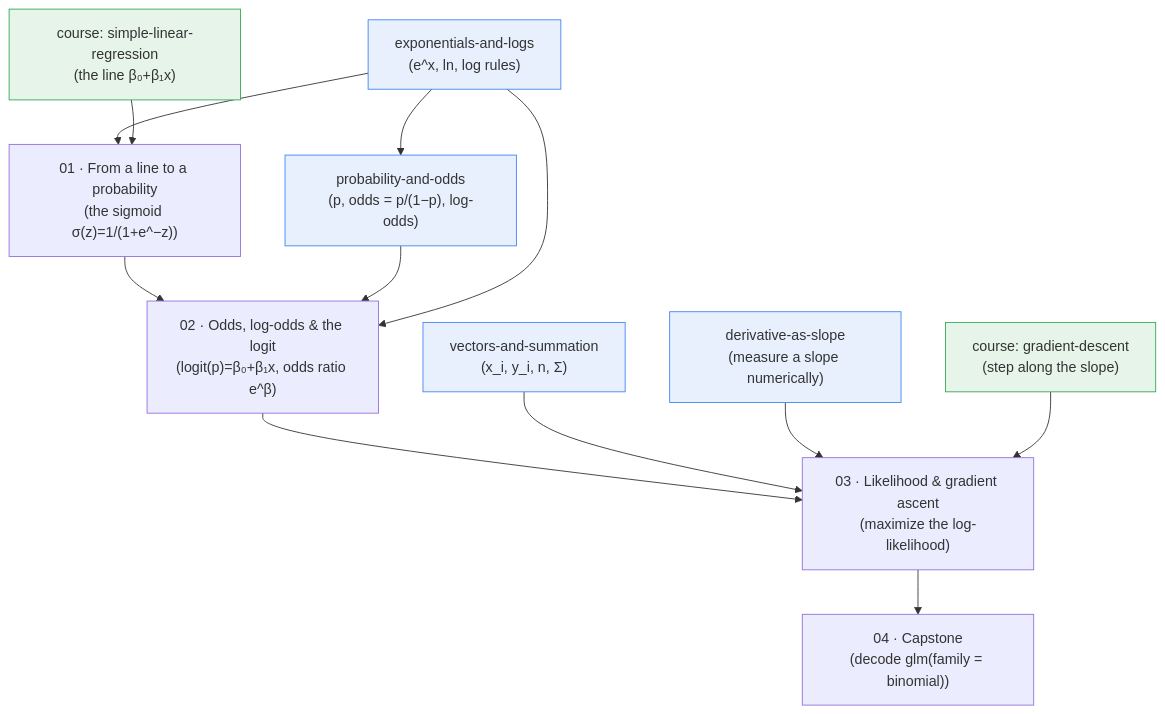
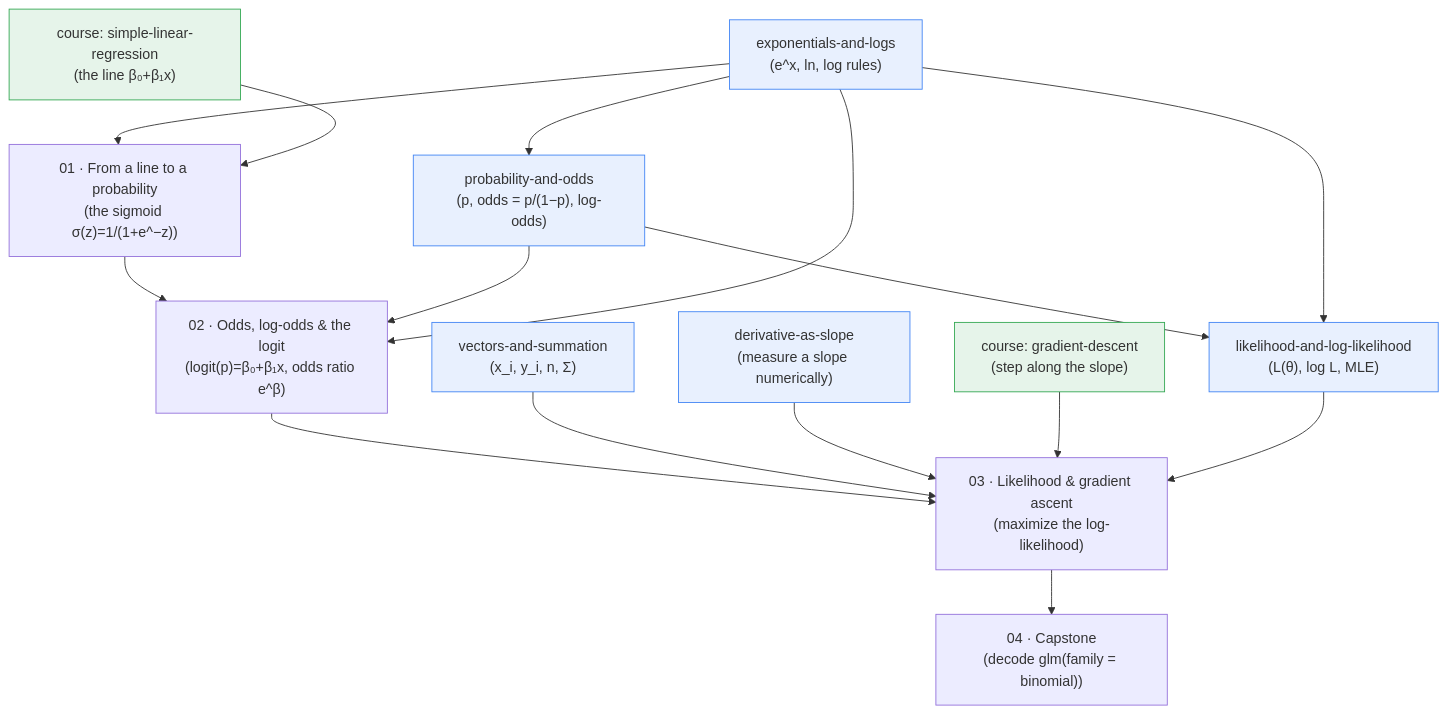
One commit to radlinsky/professor-claude changed the diagram in courses/logistic-regression/00-roadmap.qmd. Above: the diagram before and after it, drawn with Mermaid. The commit also changed other lines of this file and 153 other files, not shown here.

````diff
--- a/courses/logistic-regression/00-roadmap.qmd
+++ b/courses/logistic-regression/00-roadmap.qmd
@@ -20,30 +20,34 @@
 ```{mermaid}
 flowchart TD
     classDef foundation fill:#e8f0fe,stroke:#4285f4
     classDef priorcourse fill:#e6f4ea,stroke:#34a853
 
     F1["exponentials-and-logs<br/>(e^x, ln, log rules)"]:::foundation
     F2["probability-and-odds<br/>(p, odds = p/(1−p), log-odds)"]:::foundation
     F3["vectors-and-summation<br/>(x_i, y_i, n, Σ)"]:::foundation
     F4["derivative-as-slope<br/>(measure a slope numerically)"]:::foundation
+    F5["likelihood-and-log-likelihood<br/>(L(θ), log L, MLE)"]:::foundation
 
     C1["course: simple-linear-regression<br/>(the line β₀+β₁x)"]:::priorcourse
     C2["course: gradient-descent<br/>(step along the slope)"]:::priorcourse
 
     M1["01 · From a line to a probability<br/>(the sigmoid σ(z)=1/(1+e^−z))"]
     M2["02 · Odds, log-odds & the logit<br/>(logit(p)=β₀+β₁x, odds ratio e^β)"]
     M3["03 · Likelihood & gradient ascent<br/>(maximize the log-likelihood)"]
     M4["04 · Capstone<br/>(decode glm(family = binomial))"]
 
     F1 --> F2
     F1 --> M1
     C1 --> M1
     M1 --> M2
     F2 --> M2
     F1 --> M2
     M2 --> M3
     F3 --> M3
     F4 --> M3
     C2 --> M3
+    F2 --> F5
+    F1 --> F5
+    F5 --> M3
     M3 --> M4
 ```
````
